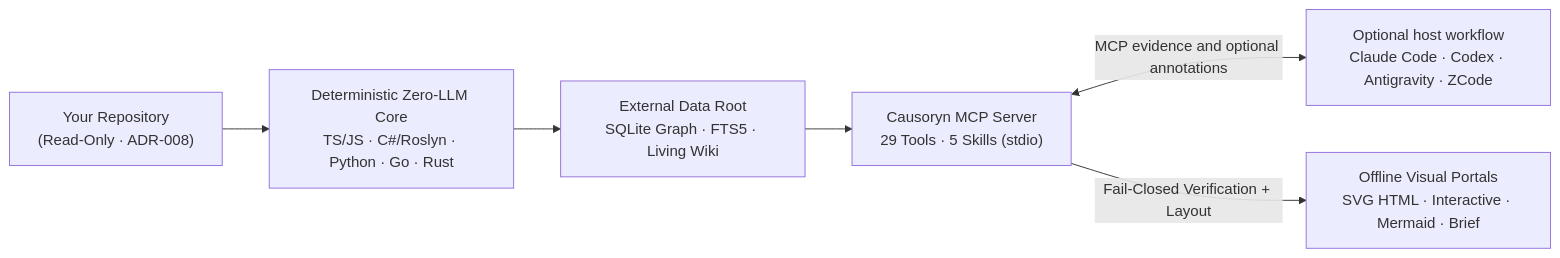
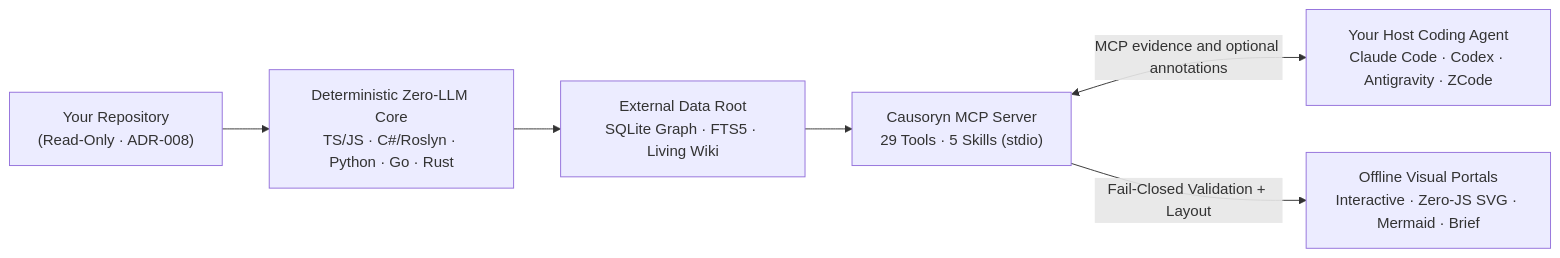
Before and after one commit to MrBekoX/Causoryn: the diagram in README.md, drawn with Mermaid. The commit also changed other lines of this file and 42 other files, not shown here.

First line of the commit message:
docs: add natural-language skill triggers, MCP schema descriptions, and Diataxis TR/EN docs overhaul (#21)

````diff
--- a/README.md
+++ b/README.md
@@ -32,8 +35,8 @@
 ```mermaid
 flowchart LR
   WS["Your Repository<br/>(Read-Only · ADR-008)"] --> AN["Deterministic Zero-LLM Core<br/>TS/JS · C#/Roslyn · Python · Go · Rust"]
   AN --> DB["External Data Root<br/>SQLite Graph · FTS5 · Living Wiki"]
   DB --> MCP["Causoryn MCP Server<br/>29 Tools · 5 Skills (stdio)"]
-  MCP <-->|"MCP evidence and optional annotations"| AGENT["Optional host workflow<br/>Claude Code · Codex · Antigravity · ZCode"]
-  MCP -->|"Fail-Closed Verification + Layout"| PORTAL["Offline Visual Portals<br/>SVG HTML · Interactive · Mermaid · Brief"]
+  MCP <-->|"MCP evidence and optional annotations"| AGENT["Your Host Coding Agent<br/>Claude Code · Codex · Antigravity · ZCode"]
+  MCP -->|"Fail-Closed Validation + Layout"| PORTAL["Offline Visual Portals<br/>Interactive · Zero-JS SVG · Mermaid · Brief"]
 ```
````
